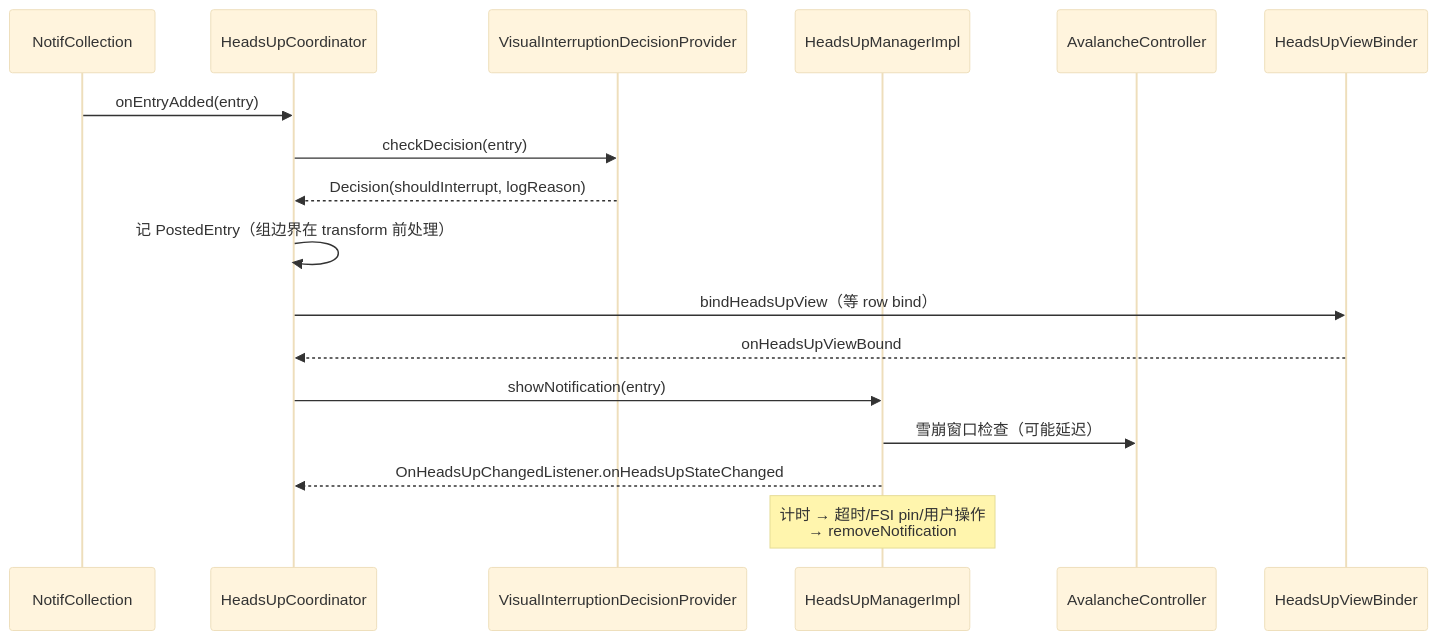
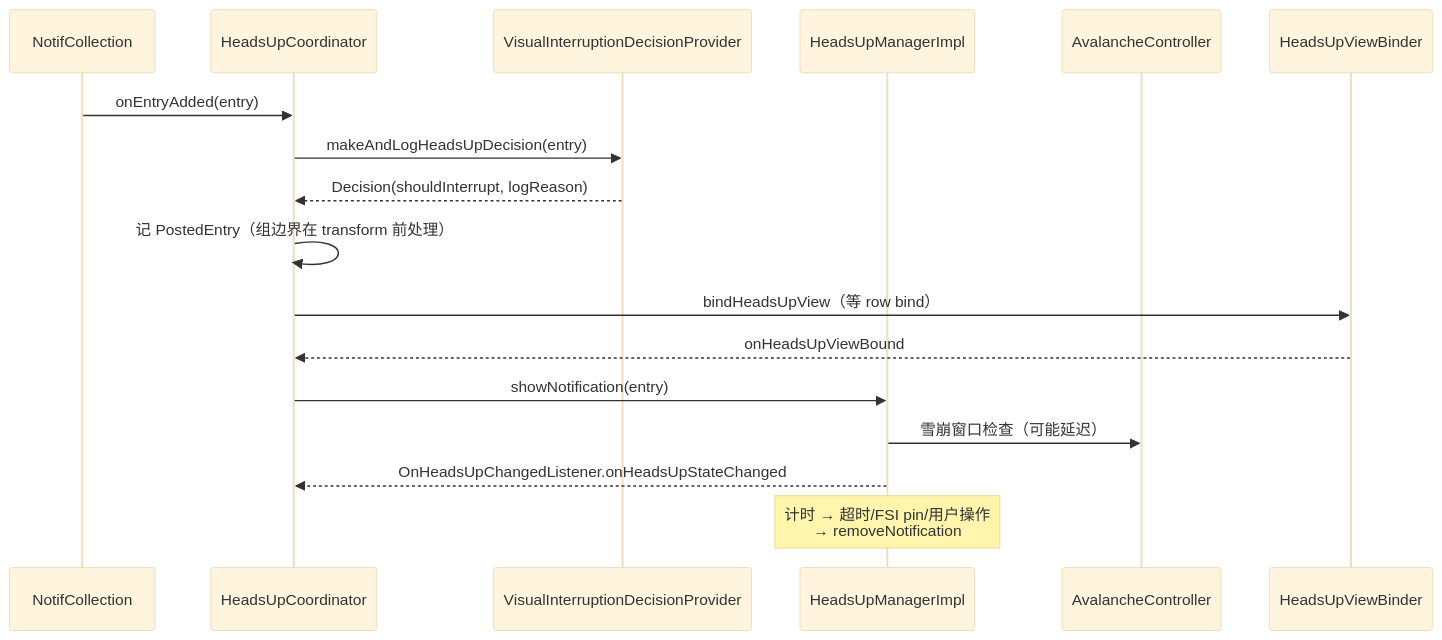
The diagram in docs/architecture/notifications/03-heads-up.md (chenpeigen2/SystemUI-Gradle), drawn with Mermaid (base theme) before and after one commit. The commit also changed other lines of this file and 7 other files, not shown here.

````diff
--- a/docs/architecture/notifications/03-heads-up.md
+++ b/docs/architecture/notifications/03-heads-up.md
@@ -66,20 +67,20 @@
 ```mermaid
 sequenceDiagram
     participant COL as NotifCollection
     participant HUC as HeadsUpCoordinator
     participant VID as VisualInterruptionDecisionProvider
     participant HUM as HeadsUpManagerImpl
     participant AV as AvalancheController
     participant VB as HeadsUpViewBinder
 
     COL->>HUC: onEntryAdded(entry)
-    HUC->>VID: checkDecision(entry)
+    HUC->>VID: makeAndLogHeadsUpDecision(entry)
     VID-->>HUC: Decision(shouldInterrupt, logReason)
     HUC->>HUC: 记 PostedEntry（组边界在 transform 前处理）
     HUC->>VB: bindHeadsUpView（等 row bind）
     VB-->>HUC: onHeadsUpViewBound
     HUC->>HUM: showNotification(entry)
     HUM->>AV: 雪崩窗口检查（可能延迟）
     HUM-->>HUC: OnHeadsUpChangedListener.onHeadsUpStateChanged
     Note over HUM: 计时 → 超时/FSI pin/用户操作<br/>→ removeNotification
 ```
````
